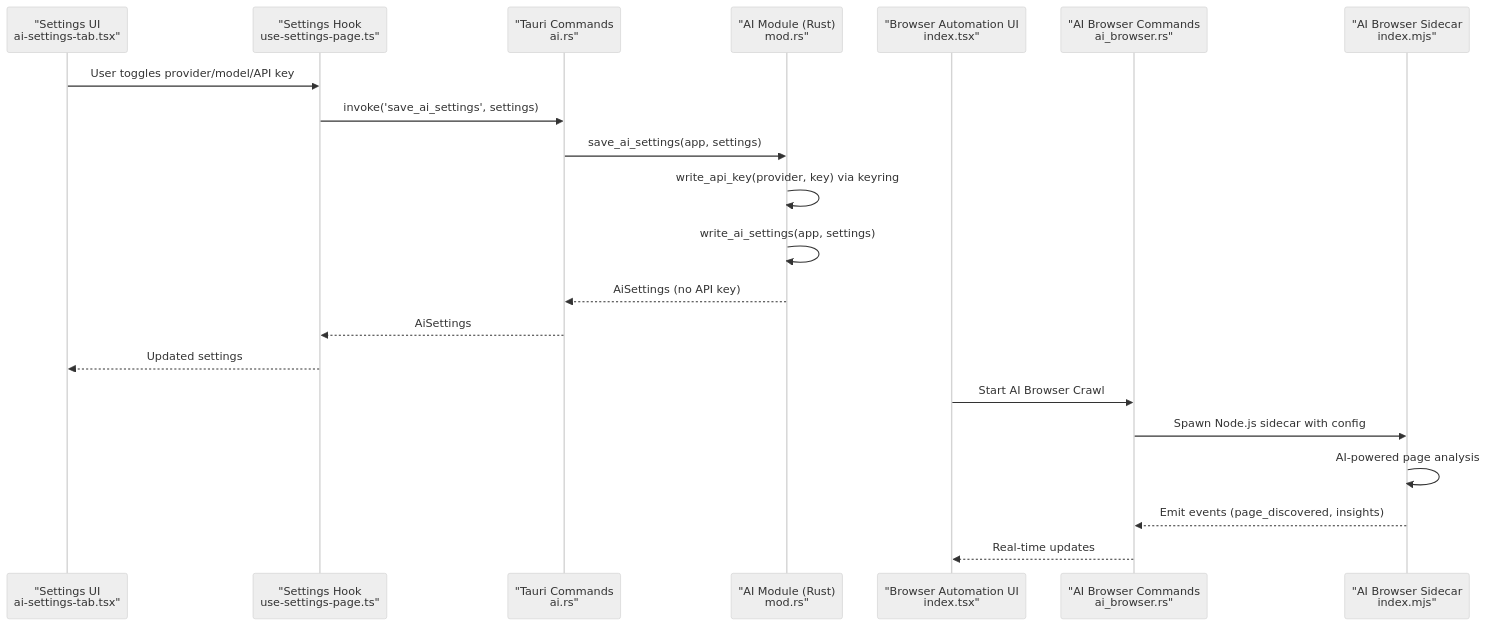
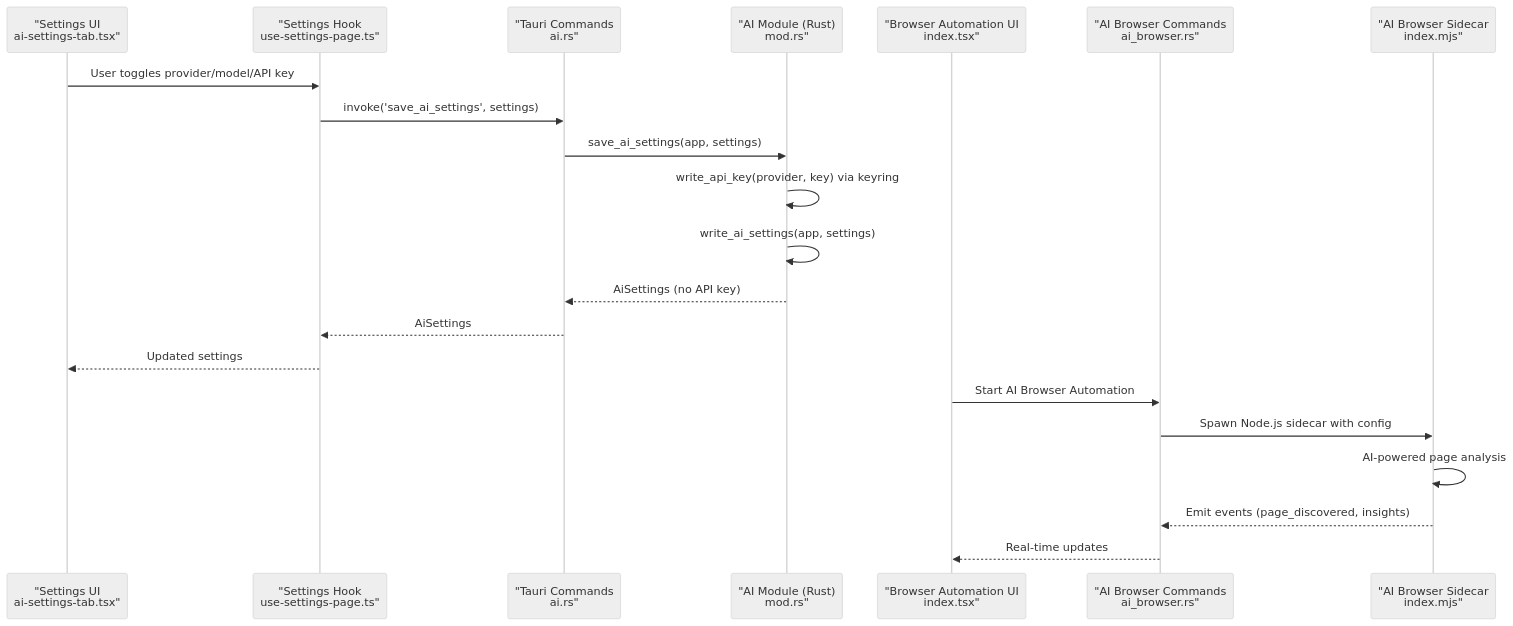
Before and after one commit to arhamymr/hexbuffer: the second of 8 diagrams in .qoder/repowiki/en/content/AI Integration/AI Assistant System.md, drawn with Mermaid (neutral theme). The commit also changed other lines of this file and 49 other files, not shown here.

````diff
--- a/.qoder/repowiki/en/content/AI Integration/AI Assistant System.md
+++ b/.qoder/repowiki/en/content/AI Integration/AI Assistant System.md
@@ -148,23 +148,23 @@
 ```mermaid
 sequenceDiagram
 participant UI as "Settings UI<br/>ai-settings-tab.tsx"
 participant Hook as "Settings Hook<br/>use-settings-page.ts"
 participant Cmd as "Tauri Commands<br/>ai.rs"
 participant Mod as "AI Module (Rust)<br/>mod.rs"
 participant BrowserUI as "Browser Automation UI<br/>index.tsx"
 participant BrowserCmd as "AI Browser Commands<br/>ai_browser.rs"
 participant Sidecar as "AI Browser Sidecar<br/>index.mjs"
 UI->>Hook : User toggles provider/model/API key
 Hook->>Cmd : invoke('save_ai_settings', settings)
 Cmd->>Mod : save_ai_settings(app, settings)
 Mod->>Mod : write_api_key(provider, key) via keyring
 Mod->>Mod : write_ai_settings(app, settings)
 Mod-->>Cmd : AiSettings (no API key)
 Cmd-->>Hook : AiSettings
 Hook-->>UI : Updated settings
-BrowserUI->>BrowserCmd : Start AI Browser Crawl
+BrowserUI->>BrowserCmd : Start AI Browser Automation
 BrowserCmd->>Sidecar : Spawn Node.js sidecar with config
 Sidecar->>Sidecar : AI-powered page analysis
 Sidecar-->>BrowserCmd : Emit events (page_discovered, insights)
 BrowserCmd-->>BrowserUI : Real-time updates
 ```
````
